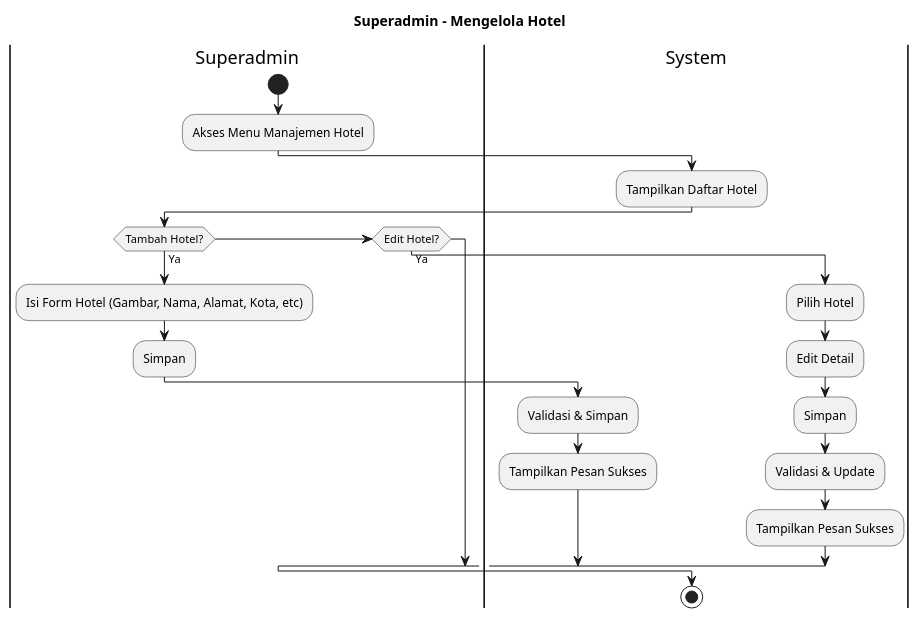
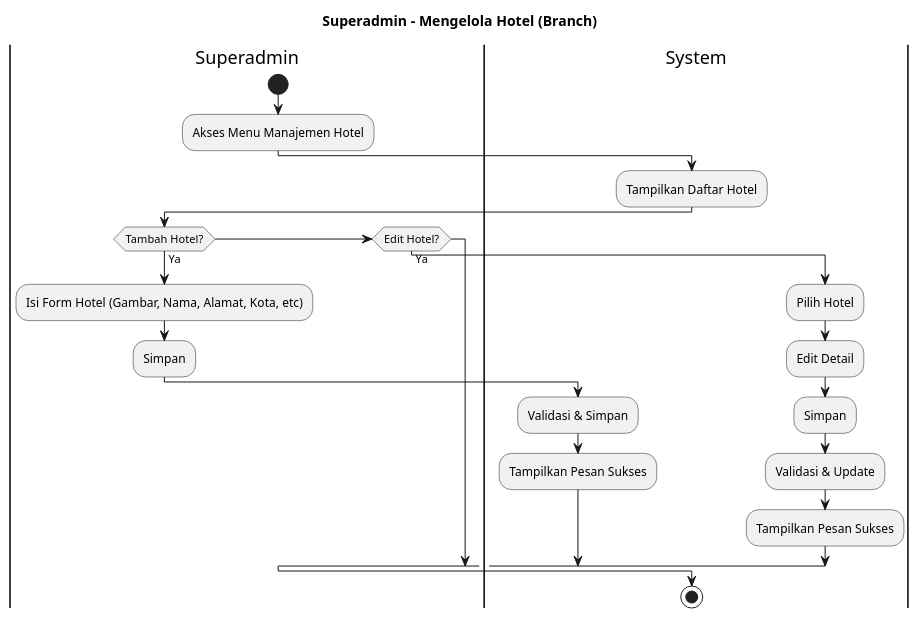
One commit to aliifam/final-project changed the diagram in diagram/raw/ad/superadmin/branch.plantuml. Above: the diagram before and after it, drawn with PlantUML. The commit also changed 75 other files, not shown here.

```diff
--- a/diagram/raw/ad/superadmin/branch.plantuml
+++ b/diagram/raw/ad/superadmin/branch.plantuml
@@ -1,27 +1,28 @@
 @startuml
-title Superadmin - Mengelola Hotel
+
+title Superadmin - Mengelola Hotel (Branch)
 
 |Superadmin|
 start
 :Akses Menu Manajemen Hotel;
 |System|
 :Tampilkan Daftar Hotel;
 
 |Superadmin|
 if (Tambah Hotel?) then (Ya)
   :Isi Form Hotel (Gambar, Nama, Alamat, Kota, etc);
   :Simpan;
   |System|
   :Validasi & Simpan;
   :Tampilkan Pesan Sukses;
 elseif (Edit Hotel?) then (Ya)
   :Pilih Hotel;
   :Edit Detail;
   :Simpan;
   |System|
   :Validasi & Update;
   :Tampilkan Pesan Sukses;
 endif
 
 stop
 @enduml
```
